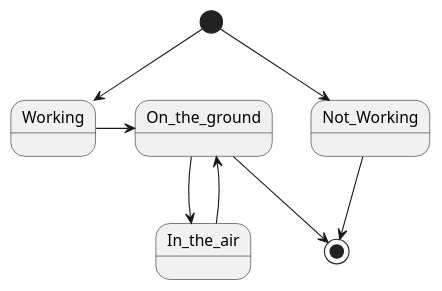
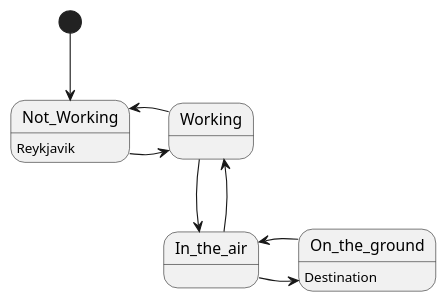
One commit to irmalexandra/vln1_chuck_nan changed the diagram in State_Diagram_Employees.puml. Above: the diagram before and after it, drawn with PlantUML. The commit also changed 3 other files, not shown here.

Commit message:
Update state diagram

```diff
--- a/State_Diagram_Employees.puml
+++ b/State_Diagram_Employees.puml
@@ -1,11 +1,13 @@
 @startuml
 
-[*] --> Working
 [*] --> Not_Working
-Working -> On_the_ground
-On_the_ground --> In_the_air
+Not_Working -> Working
+Not_Working : Reykjavik
+Working -> Not_Working
+Working --> In_the_air
+In_the_air -> Working
 In_the_air -> On_the_ground
-Not_Working --> [*]
-On_the_ground --> [*]
+On_the_ground -> In_the_air
+On_the_ground : Destination
 
 @enduml
```
